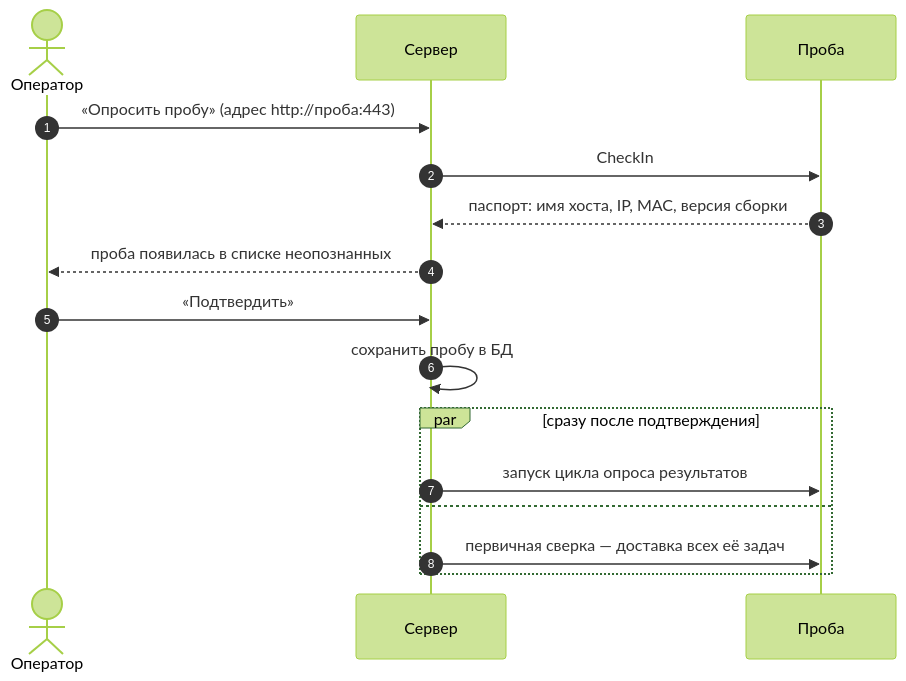
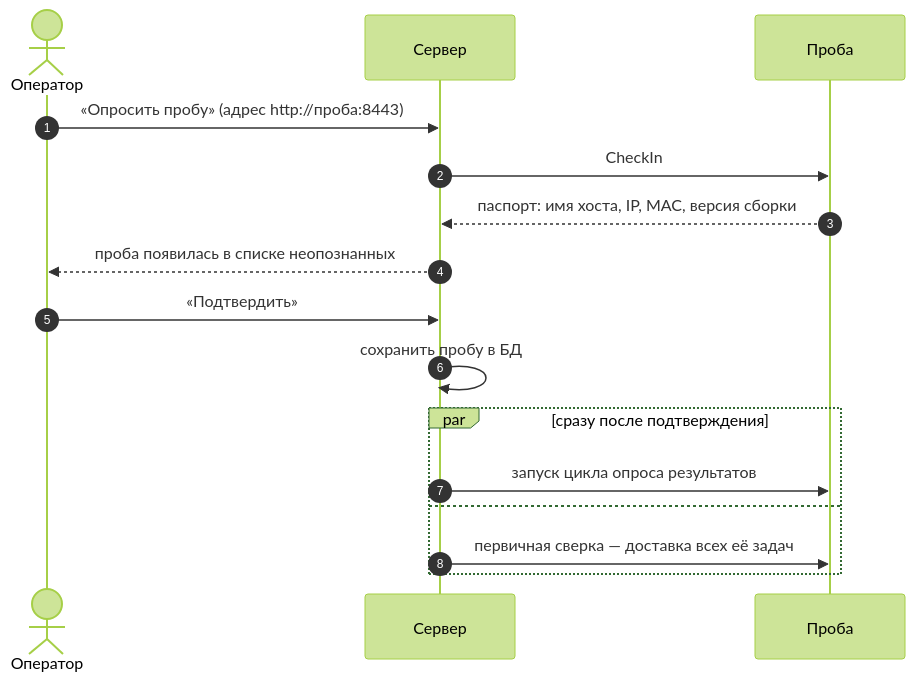
One commit to akprof2000/twamp-probe changed the third of 9 diagrams in README.md. Above: the diagram before and after it, drawn with Mermaid (forest theme). The commit also changed other lines of this file and 3 other files, not shown here.

````diff
--- a/README.md
+++ b/README.md
@@ -149,19 +149,19 @@
 ```mermaid
 sequenceDiagram
     autonumber
     actor Op as Оператор
     participant S as Сервер
     participant P as Проба
 
-    Op->>S: «Опросить пробу» (адрес http://проба:443)
+    Op->>S: «Опросить пробу» (адрес http://проба:8443)
     S->>P: CheckIn
     P-->>S: паспорт: имя хоста, IP, MAC, версия сборки
     S-->>Op: проба появилась в списке неопознанных
     Op->>S: «Подтвердить»
     S->>S: сохранить пробу в БД
     par сразу после подтверждения
         S->>P: запуск цикла опроса результатов
     and
         S->>P: первичная сверка — доставка всех её задач
     end
 ```
````
